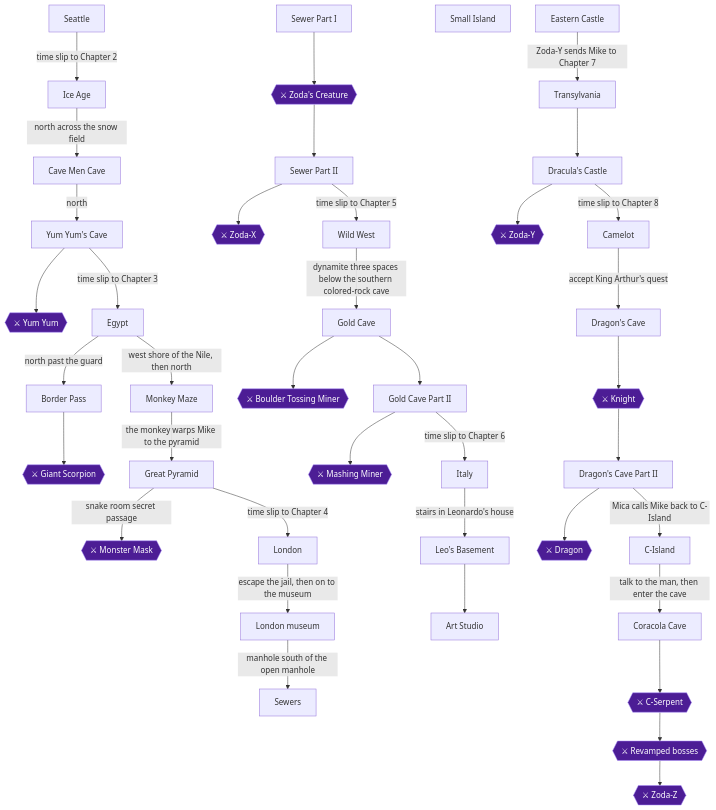
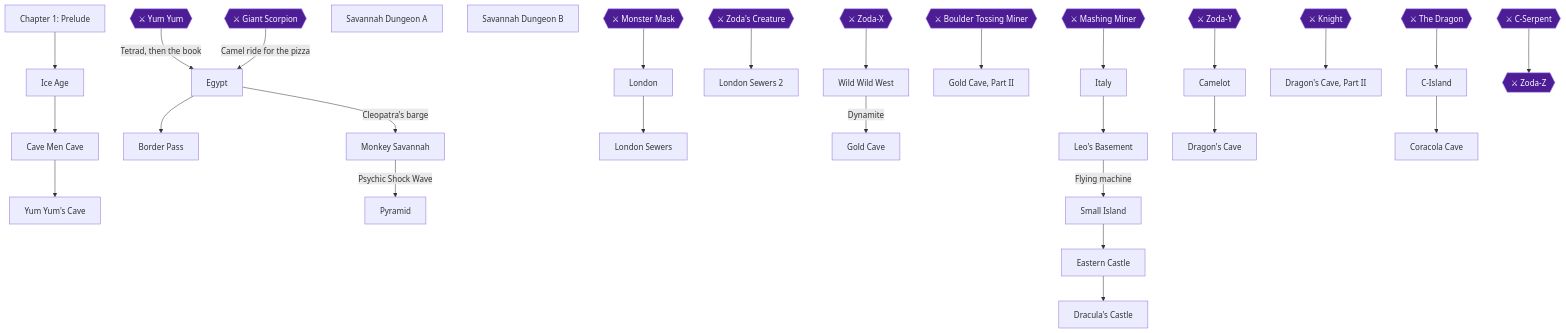
One commit to MajinFro/retro-walkthroughs changed the first of 11 diagrams in content/research/1984/06_graph.md. Above: the diagram before and after it, drawn with Mermaid. The commit also changed other lines of this file and 100 other files, not shown here.

````diff
--- a/content/research/1984/06_graph.md
+++ b/content/research/1984/06_graph.md
@@ -7,84 +7,69 @@
 ```mermaid
 flowchart TD
-  Seattle["Seattle"]
-  Ice_Age["Ice Age"]
-  Cave_Men_Cave["Cave Men Cave"]
-  Yum_Yum_Cave["Yum Yum's Cave"]
-  Yum_Yum{{"⚔ Yum Yum"}}
+  Prelude["Chapter 1: Prelude"]
+  IceAge["Ice Age"]
+  CaveMenCave["Cave Men Cave"]
+  YumYumCave["Yum Yum's Cave"]
+  YumYum{{"⚔ Yum Yum"}}
   Egypt["Egypt"]
-  Border_Pass["Border Pass"]
-  Giant_Scorpion{{"⚔ Giant Scorpion"}}
-  Monkey_Maze["Monkey Maze"]
-  Great_Pyramid["Great Pyramid"]
-  Monster_Mask{{"⚔ Monster Mask"}}
+  BorderPass["Border Pass"]
+  GiantScorpion{{"⚔ Giant Scorpion"}}
+  MonkeySavannah["Monkey Savannah"]
+  SavannahA["Savannah Dungeon A"]
+  SavannahB["Savannah Dungeon B"]
+  Pyramid["Pyramid"]
+  MonsterMask{{"⚔ Monster Mask"}}
   London["London"]
-  London_Museum["London museum"]
-  Sewers["Sewers"]
-  Sewer_Part_I["Sewer Part I"]
-  Zodas_Creature{{"⚔ Zoda's Creature"}}
-  Sewer_Part_II["Sewer Part II"]
-  Zoda_X{{"⚔ Zoda-X"}}
-  Wild_West["Wild West"]
-  Gold_Cave["Gold Cave"]
-  Boulder_Miner{{"⚔ Boulder Tossing Miner"}}
-  Gold_Cave_Part_II["Gold Cave Part II"]
-  Mashing_Miner{{"⚔ Mashing Miner"}}
+  LondonSewers["London Sewers"]
+  ZodasCreature{{"⚔ Zoda's Creature"}}
+  LondonSewers2["London Sewers 2"]
+  ZodaX{{"⚔ Zoda-X"}}
+  WildWest["Wild Wild West"]
+  GoldCave["Gold Cave"]
+  BoulderMiner{{"⚔ Boulder Tossing Miner"}}
+  GoldCave2["Gold Cave, Part II"]
+  MashingMiner{{"⚔ Mashing Miner"}}
   Italy["Italy"]
-  Leos_Basement["Leo's Basement"]
-  Art_Studio["Art Studio"]
-  Small_Island["Small Island"]
-  Eastern_Castle["Eastern Castle"]
-  Transylvania["Transylvania"]
-  Draculas_Castle["Dracula's Castle"]
-  Zoda_Y{{"⚔ Zoda-Y"}}
+  LeosBasement["Leo's Basement"]
+  SmallIsland["Small Island"]
+  EasternCastle["Eastern Castle"]
+  Dracula["Dracula's Castle"]
+  ZodaY{{"⚔ Zoda-Y"}}
   Camelot["Camelot"]
-  Dragons_Cave["Dragon's Cave"]
+  DragonsCave["Dragon's Cave"]
   Knight{{"⚔ Knight"}}
-  Dragons_Cave_Part_II["Dragon's Cave Part II"]
-  Dragon{{"⚔ Dragon"}}
-  C_Island["C-Island"]
-  Coracola_Cave["Coracola Cave"]
-  C_Serpent{{"⚔ C-Serpent"}}
-  Boss_Rematches{{"⚔ Revamped bosses"}}
-  Zoda_Z{{"⚔ Zoda-Z"}}
-  Seattle -->|time slip to Chapter 2| Ice_Age
-  Ice_Age -->|north across the snow field| Cave_Men_Cave
-  Cave_Men_Cave -->|north| Yum_Yum_Cave
-  Yum_Yum_Cave --> Yum_Yum
-  Yum_Yum_Cave -->|time slip to Chapter 3| Egypt
-  Egypt -->|north past the guard| Border_Pass
-  Border_Pass --> Giant_Scorpion
-  Egypt -->|west shore of the Nile, then north| Monkey_Maze
-  Monkey_Maze -->|the monkey warps Mike to the pyramid| Great_Pyramid
-  Great_Pyramid -->|snake room secret passage| Monster_Mask
-  Great_Pyramid -->|time slip to Chapter 4| London
-  London -->|escape the jail, then on to the museum| London_Museum
-  London_Museum -->|manhole south of the open manhole| Sewers
-  Sewer_Part_I --> Zodas_Creature
-  Zodas_Creature --> Sewer_Part_II
-  Sewer_Part_II --> Zoda_X
-  Sewer_Part_II -->|time slip to Chapter 5| Wild_West
-  Wild_West -->|dynamite three spaces below the southern colored-rock cave| Gold_Cave
-  Gold_Cave --> Boulder_Miner
-  Gold_Cave --> Gold_Cave_Part_II
-  Gold_Cave_Part_II --> Mashing_Miner
-  Gold_Cave_Part_II -->|time slip to Chapter 6| Italy
-  Italy -->|stairs in Leonardo's house| Leos_Basement
-  Leos_Basement --> Art_Studio
-  Eastern_Castle -->|Zoda-Y sends Mike to Chapter 7| Transylvania
-  Transylvania --> Draculas_Castle
-  Draculas_Castle --> Zoda_Y
-  Draculas_Castle -->|time slip to Chapter 8| Camelot
-  Camelot -->|accept King Arthur's quest| Dragons_Cave
-  Dragons_Cave --> Knight
-  Knight --> Dragons_Cave_Part_II
-  Dragons_Cave_Part_II --> Dragon
-  Dragons_Cave_Part_II -->|Mica calls Mike back to C-Island| C_Island
-  C_Island -->|talk to the man, then enter the cave| Coracola_Cave
-  Coracola_Cave --> C_Serpent
-  C_Serpent --> Boss_Rematches
-  Boss_Rematches --> Zoda_Z
+  DragonsCave2["Dragon's Cave, Part II"]
+  Dragon{{"⚔ The Dragon"}}
+  CIsland["C-Island"]
+  Coracola["Coracola Cave"]
+  CSerpent{{"⚔ C-Serpent"}}
+  ZodaZ{{"⚔ Zoda-Z"}}
+  Prelude --> IceAge
+  IceAge --> CaveMenCave
+  CaveMenCave --> YumYumCave
+  YumYum -->|"Tetrad, then the book"| Egypt
+  Egypt --> BorderPass
+  GiantScorpion -->|"Camel ride for the pizza"| Egypt
+  Egypt -->|"Cleopatra's barge"| MonkeySavannah
+  MonkeySavannah -->|"Psychic Shock Wave"| Pyramid
+  MonsterMask --> London
+  London --> LondonSewers
+  ZodasCreature --> LondonSewers2
+  ZodaX --> WildWest
+  WildWest -->|"Dynamite"| GoldCave
+  BoulderMiner --> GoldCave2
+  MashingMiner --> Italy
+  Italy --> LeosBasement
+  LeosBasement -->|"Flying machine"| SmallIsland
+  SmallIsland --> EasternCastle
+  EasternCastle --> Dracula
+  ZodaY --> Camelot
+  Camelot --> DragonsCave
+  Knight --> DragonsCave2
+  Dragon --> CIsland
+  CIsland --> Coracola
+  CSerpent --> ZodaZ
   classDef ponr fill:#7f1d1d,stroke:#f87171,color:#fff;
   classDef boss fill:#4c1d95,stroke:#a78bfa,color:#fff;
-  class Yum_Yum,Giant_Scorpion,Monster_Mask,Zodas_Creature,Zoda_X,Boulder_Miner,Mashing_Miner,Zoda_Y,Knight,Dragon,C_Serpent,Boss_Rematches,Zoda_Z boss;
+  class YumYum,GiantScorpion,MonsterMask,ZodasCreature,ZodaX,BoulderMiner,MashingMiner,ZodaY,Knight,Dragon,CSerpent,ZodaZ boss;
 ```
````
